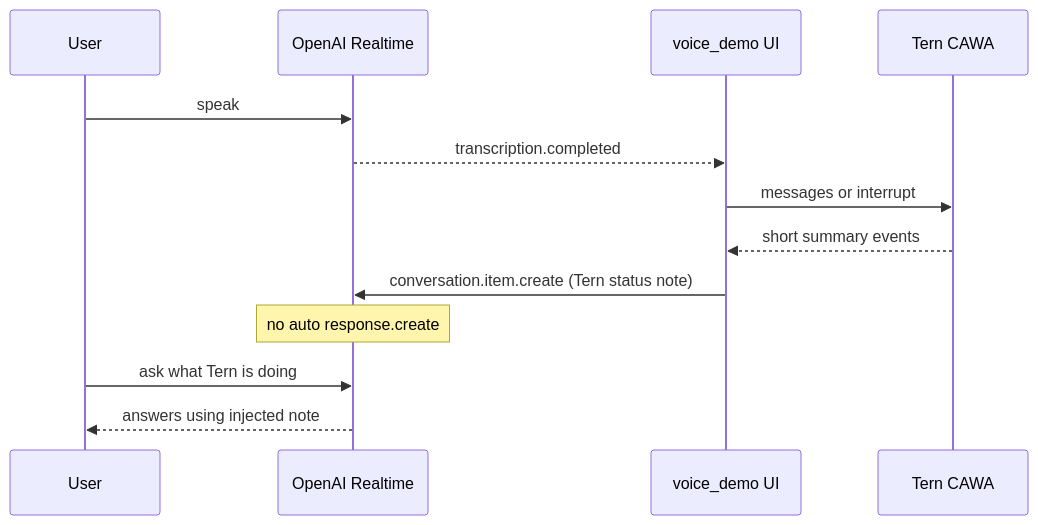
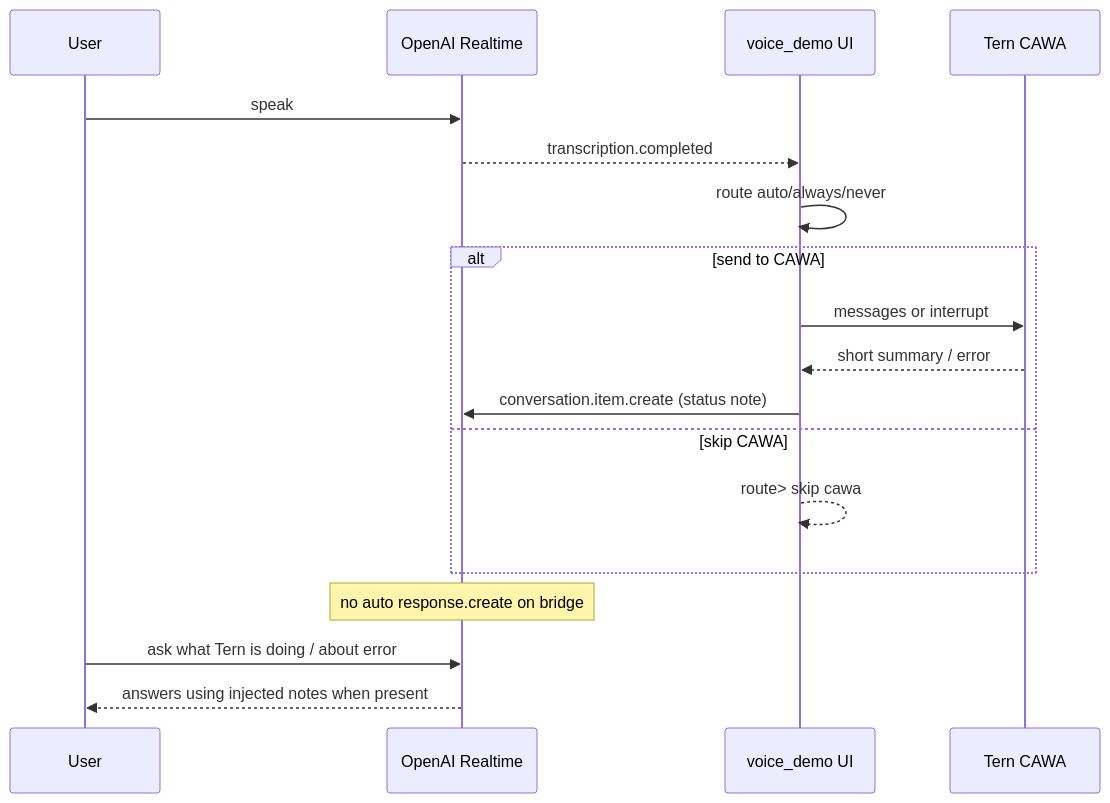
Before and after one commit to axsh/arctic-tern: the diagram in prompts/phases/001-phase02/branches/feat-turn-interrupt-resume/ideas/006-Voice-Demo-Voice-Speed-And-Context-Bridge.md, drawn with Mermaid. The commit also changed other lines of this file, not shown here.

First line of the commit message:
docs: extend voice_demo spec 006 with routing and Realtime response safety

````diff
--- a/prompts/phases/001-phase02/branches/feat-turn-interrupt-resume/ideas/006-Voice-Demo-Voice-Speed-And-Context-Bridge.md
+++ b/prompts/phases/001-phase02/branches/feat-turn-interrupt-resume/ideas/006-Voice-Demo-Voice-Speed-And-Context-Bridge.md
@@ -133,16 +176,21 @@
 ```mermaid
 sequenceDiagram
   participant User
   participant RT as OpenAI Realtime
   participant Demo as voice_demo UI
   participant CAWA as Tern CAWA
 
   User->>RT: speak
   RT-->>Demo: transcription.completed
-  Demo->>CAWA: messages or interrupt
-  CAWA-->>Demo: short summary events
-  Demo->>RT: conversation.item.create (Tern status note)
-  Note over RT: no auto response.create
-  User->>RT: ask what Tern is doing
-  RT-->>User: answers using injected note
+  Demo->>Demo: route auto/always/never
+  alt send to CAWA
+    Demo->>CAWA: messages or interrupt
+    CAWA-->>Demo: short summary / error
+    Demo->>RT: conversation.item.create (status note)
+  else skip CAWA
+    Demo-->>Demo: route> skip cawa
+  end
+  Note over RT: no auto response.create on bridge
+  User->>RT: ask what Tern is doing / about error
+  RT-->>User: answers using injected notes when present
 ```
````
